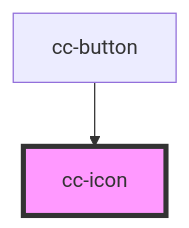
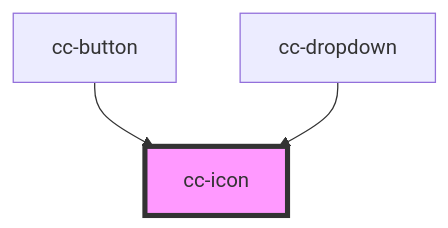
One commit to lacafetalab/cafeta-components changed the diagram in packages/core/src/components/cc-icon/readme.md. Above: the diagram before and after it, drawn with Mermaid. The commit also changed other lines of this file and 16 other files, not shown here.

````diff
--- a/packages/core/src/components/cc-icon/readme.md
+++ b/packages/core/src/components/cc-icon/readme.md
@@ -23,5 +24,6 @@
 ```mermaid
 graph TD;
   cc-button --> cc-icon
+  cc-dropdown --> cc-icon
   style cc-icon fill:#f9f,stroke:#333,stroke-width:4px
 ```
````
